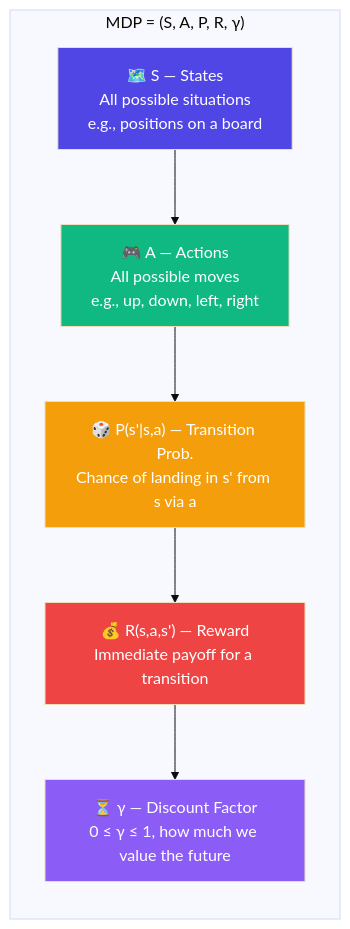
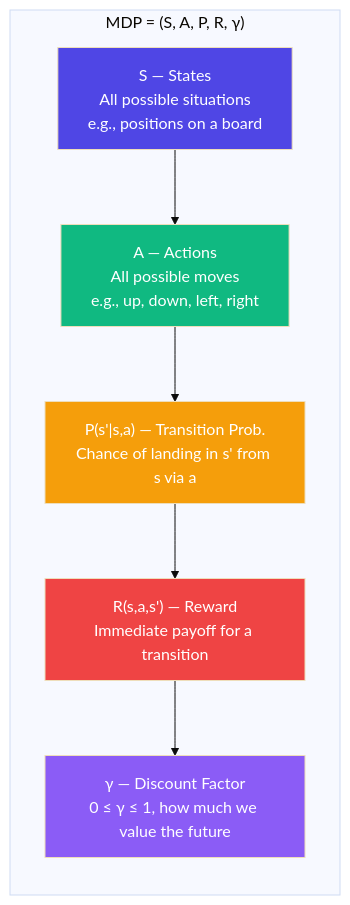
The second of 9 diagrams in 02_Markov_Decision_Process(MDPs)/README.md (Abhijit1102/reinforcement_learning), drawn with Mermaid (base theme) before and after one commit. The commit also changed other lines of this file, not shown here.

Commit message:
chapter 2 readme imporve mermaid

````diff
--- a/02_Markov_Decision_Process(MDPs)/README.md
+++ b/02_Markov_Decision_Process(MDPs)/README.md
@@ -45,23 +45,23 @@
 ```mermaid
 flowchart TB
     subgraph "MDP = (S, A, P, R, γ)"
         direction TB
 
-        S["🗺️ S — States<br/>All possible situations<br/>e.g., positions on a board"]
-        A["🎮 A — Actions<br/>All possible moves<br/>e.g., up, down, left, right"]
-        P["🎲 P(s'|s,a) — Transition Prob.<br/>Chance of landing in s' from s via a"]
-        R["💰 R(s,a,s') — Reward<br/>Immediate payoff for a transition"]
-        G["⏳ γ — Discount Factor<br/>0 ≤ γ ≤ 1, how much we value the future"]
+        S["S — States<br/>All possible situations<br/>e.g., positions on a board"]
+        A["A — Actions<br/>All possible moves<br/>e.g., up, down, left, right"]
+        P["P(s'|s,a) — Transition Prob.<br/>Chance of landing in s' from s via a"]
+        R["R(s,a,s') — Reward<br/>Immediate payoff for a transition"]
+        G["γ — Discount Factor<br/>0 ≤ γ ≤ 1, how much we value the future"]
 
         S --> A
         A --> P
         P --> R
         R --> G
     end
 
     style S fill:#4f46e5,color:#fff
     style A fill:#10b981,color:#fff
     style P fill:#f59e0b,color:#fff
     style R fill:#ef4444,color:#fff
     style G fill:#8b5cf6,color:#fff
 ```
````
